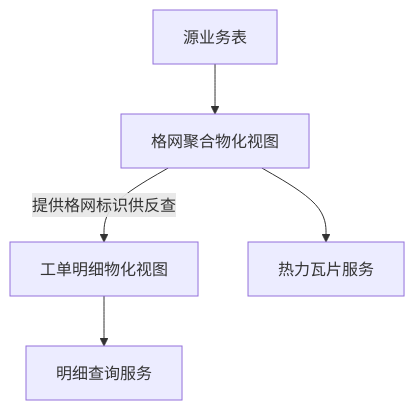
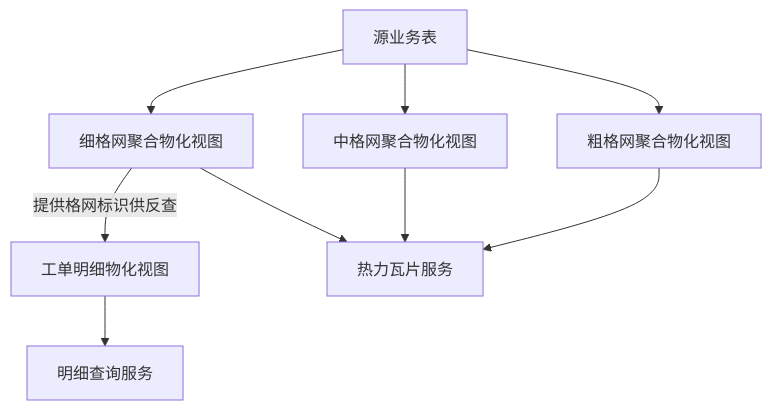
One commit to zheyi420/Dev-Wiki changed the first of 2 diagrams in Blog/mvt-webgl_heatmap-ccl/01-数据层-双物化视图.md. Above: the diagram before and after it, drawn with Mermaid. The commit also changed other lines of this file and 2 other files, not shown here.

````diff
--- a/Blog/mvt-webgl_heatmap-ccl/01-数据层-双物化视图.md
+++ b/Blog/mvt-webgl_heatmap-ccl/01-数据层-双物化视图.md
@@ -31,12 +31,18 @@
 ```mermaid
 flowchart TB
   sourceTable[源业务表]
-  gridMV[格网聚合物化视图]
+  gridFine[细格网聚合物化视图]
+  gridMid[中格网聚合物化视图]
+  gridCoarse[粗格网聚合物化视图]
   orderMV[工单明细物化视图]
   mvtChannel[热力瓦片服务]
   wfsChannel[明细查询服务]
-  sourceTable --> gridMV
-  gridMV -->|"提供格网标识供反查"| orderMV
-  gridMV --> mvtChannel
+  sourceTable --> gridFine
+  sourceTable --> gridMid
+  sourceTable --> gridCoarse
+  gridFine -->|"提供格网标识供反查"| orderMV
+  gridFine --> mvtChannel
+  gridMid --> mvtChannel
+  gridCoarse --> mvtChannel
   orderMV --> wfsChannel
 ```
````
